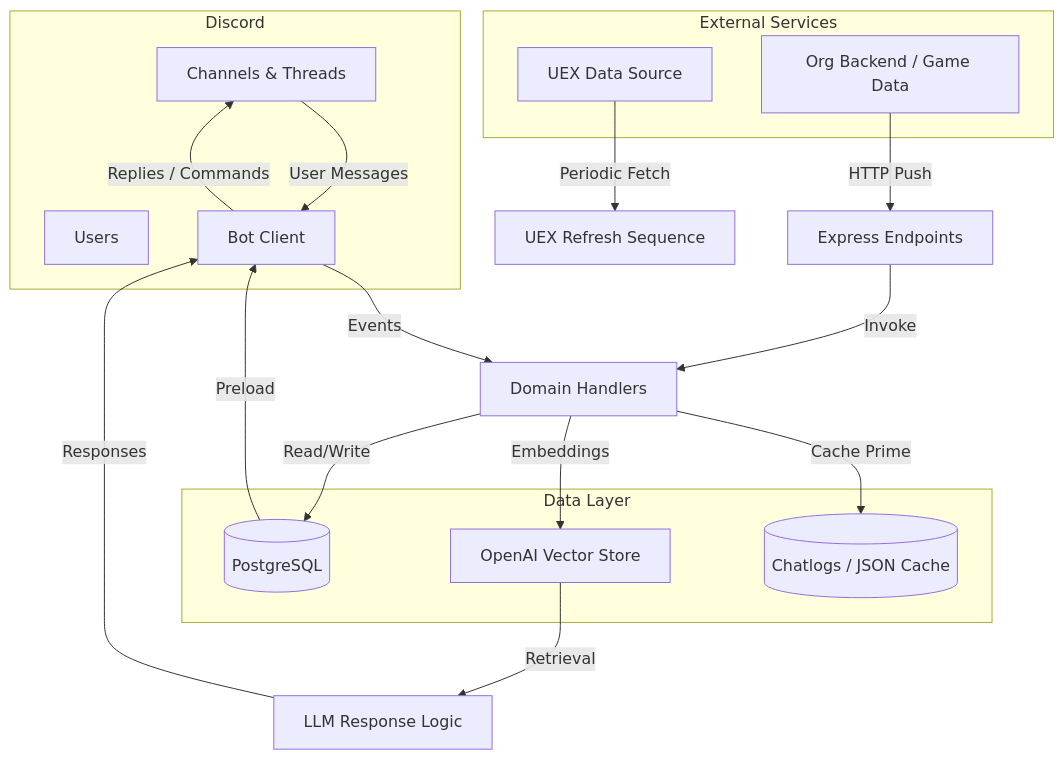
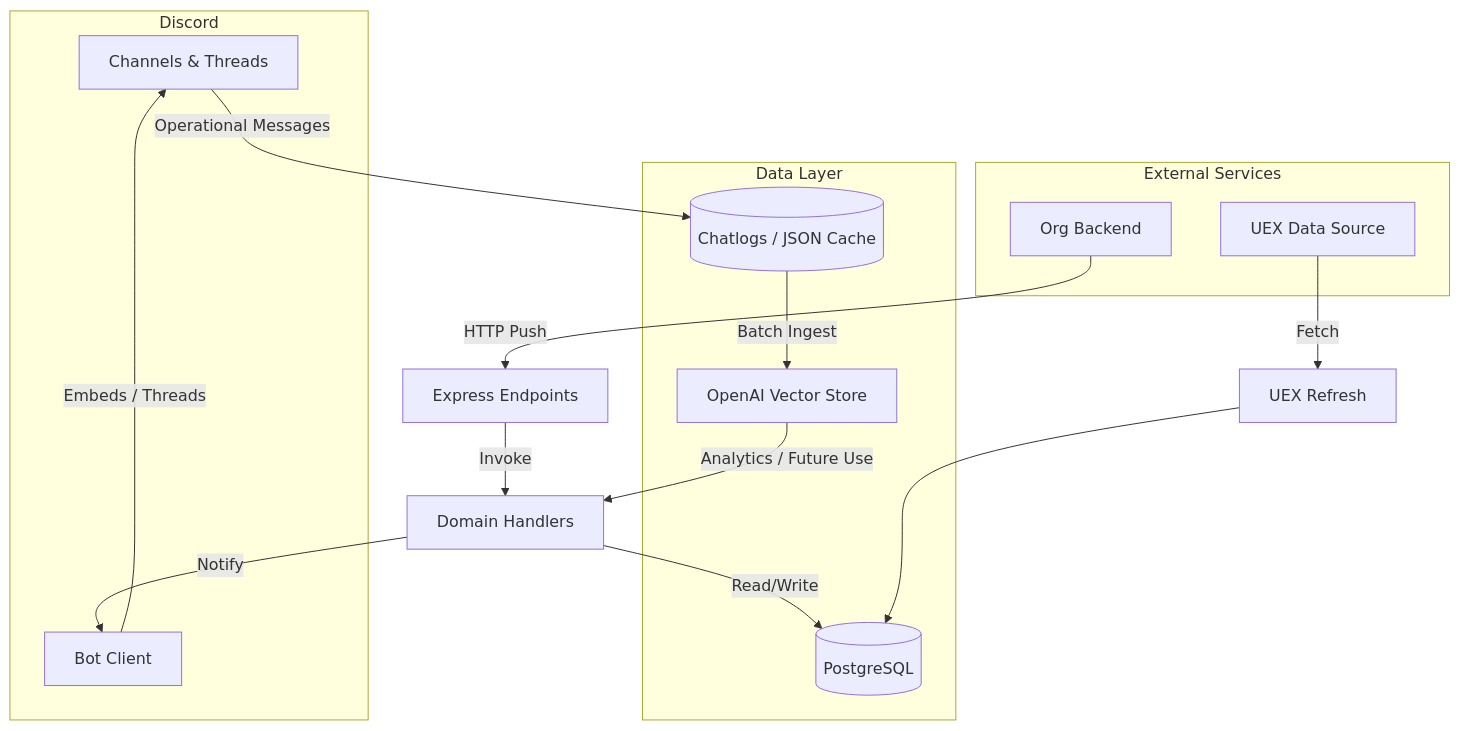
The first of 2 diagrams in docs/ARCHITECTURE.md (DocFoxHound/Beowulf), drawn with Mermaid before and after one commit. The commit also changed other lines of this file and 82 other files, not shown here.

````diff
--- a/docs/ARCHITECTURE.md
+++ b/docs/ARCHITECTURE.md
@@ -27,29 +24,26 @@
 ```mermaid
 graph TD
   subgraph Discord
     C[Channels & Threads]
-    U[Users]
     B[Bot Client]
   end
   subgraph External Services
-    EXT_API[Org Backend / Game Data]
+    EXT_API[Org Backend]
     UEX[UEX Data Source]
   end
   subgraph Data Layer
     DB[(PostgreSQL)]
     Vector[OpenAI Vector Store]
-    Files[(Chatlogs / JSON Cache)]
+    Logs[(Chatlogs / JSON Cache)]
   end
   EXT_API -->|HTTP Push| API[Express Endpoints]
-  UEX -->|Periodic Fetch| IngestUEX[UEX Refresh Sequence]
   API -->|Invoke| Handlers[Domain Handlers]
-  B -->|Events| Handlers
   Handlers -->|Read/Write| DB
-  Handlers -->|Embeddings| Vector
-  Handlers -->|Cache Prime| Files
-  B -->|Replies / Commands| C
-  C -->|User Messages| B
-  DB -->|Preload| B
-  Vector -->|Retrieval| HandlerLLM[LLM Response Logic]
-  HandlerLLM -->|Responses| B
+  Handlers -->|Notify| B
+  B -->|Embeds / Threads| C
+  C -->|Operational Messages| Logs
+  Logs -->|Batch Ingest| Vector
+  Vector -->|Analytics / Future Use| Handlers
+  UEX -->|Fetch| IngestUEX[UEX Refresh]
+  IngestUEX --> DB
 ```
````
